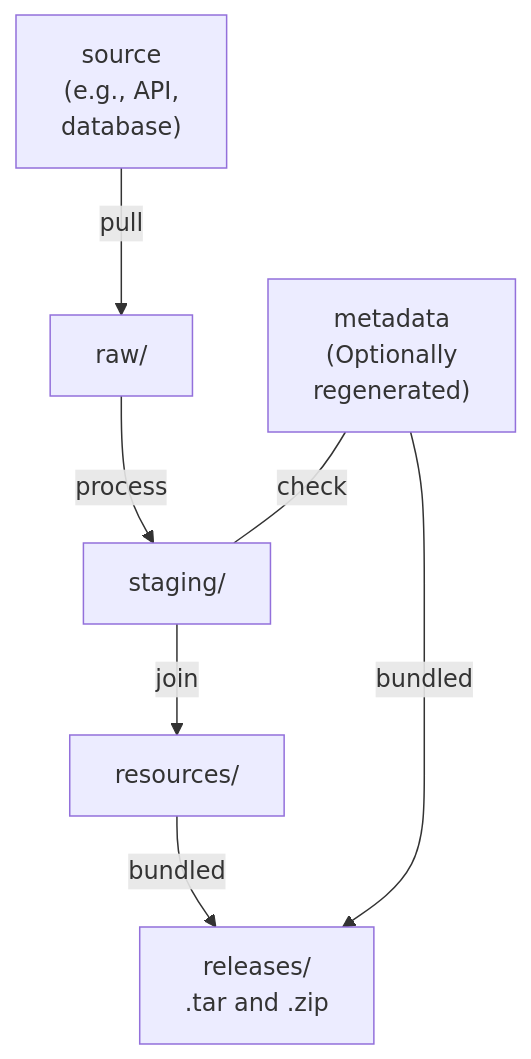
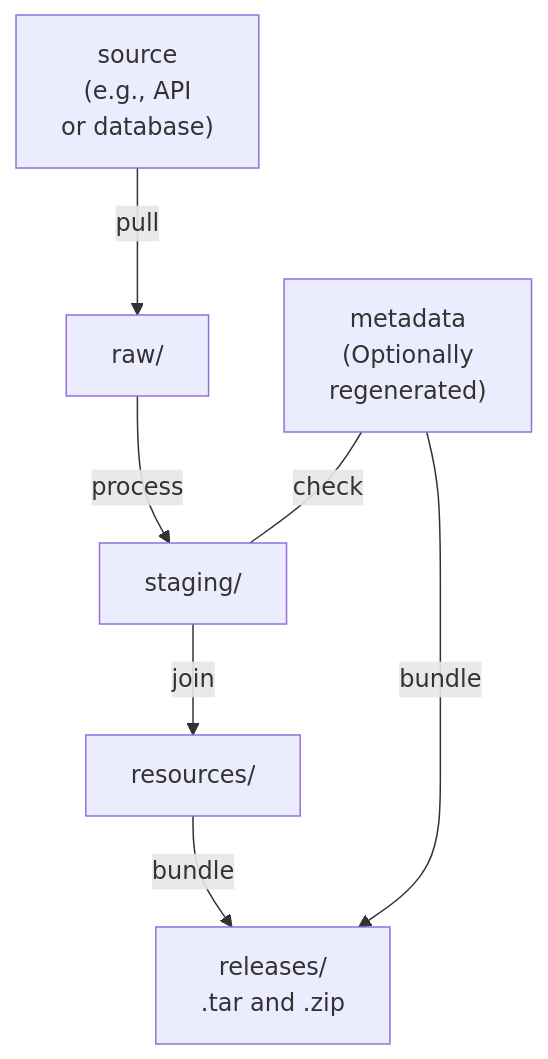
Before and after one commit to seedcase-project/data-pkg-guide: the diagram in docs/build.qmd, drawn with Mermaid. The commit also changed other lines of this file, not shown here.

````diff
--- a/docs/build.qmd
+++ b/docs/build.qmd
@@ -71,20 +70,20 @@
 ```{mermaid}
 %%| label: fig-build-process
 %%| fig-cap: "The process for building a data package."
 %%| fig-alt: A flowchart showing the process for building a data package. The
 %%|   process starts with the data from the source being pulled into the `raw/`
 %%|   directory. The data in `raw/` is then processed into `staging/`. The data
 %%|   in `staging/` is then joined into `resources/`. The metadata file is
 %%|   optionally regenerated from the code and checked against the data in
 %%|   `staging/`. Finally, the metadata and resources are bundled into a `.tar`
 %%|   and `.zip` file in `releases/`.
 
 flowchart TB
-    Source["source<br>(e.g., API,<br>database)"] -->|pull| Raw["raw/"]
+    Source["source<br>(e.g., API<br>or database)"] -->|pull| Raw["raw/"]
     Raw -->|process| Staging["staging/"]
     Staging -->|join| Resources["resources/"]
     Resources
     Metadata["metadata<br>(Optionally<br>regenerated)"]
     Metadata ---|check| Staging
-    Metadata & Resources -->|bundled| Build["releases/<br>.tar and .zip"]
+    Metadata & Resources -->|bundle| Build["releases/<br>.tar and .zip"]
 ```
````
